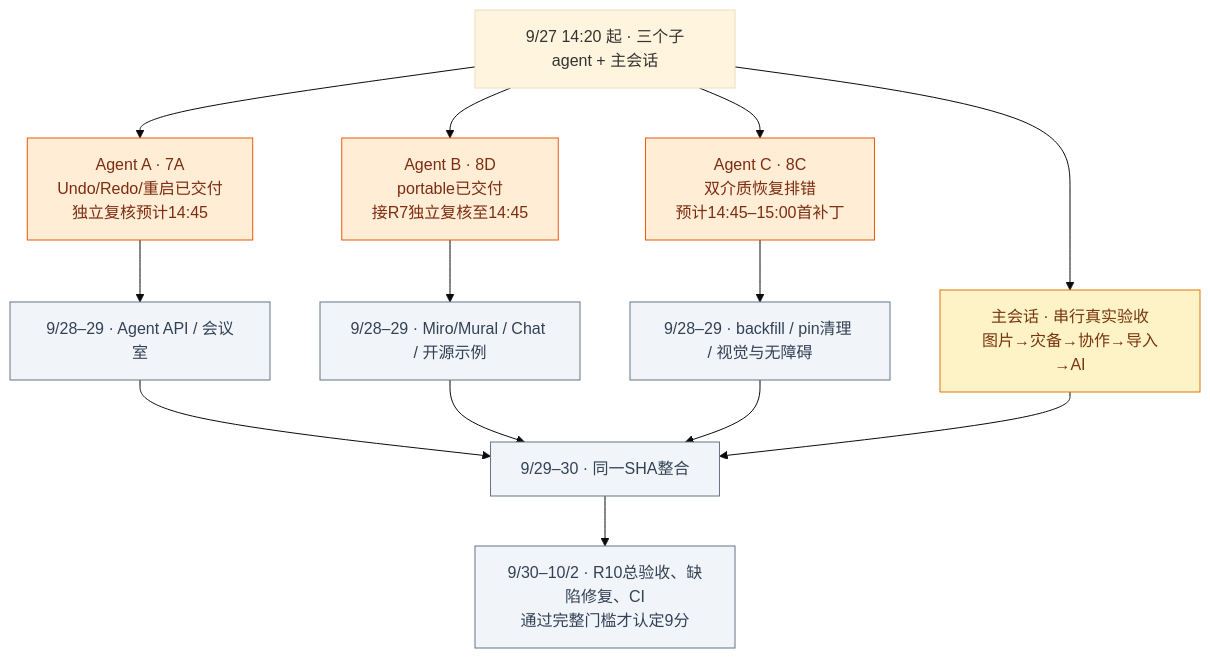
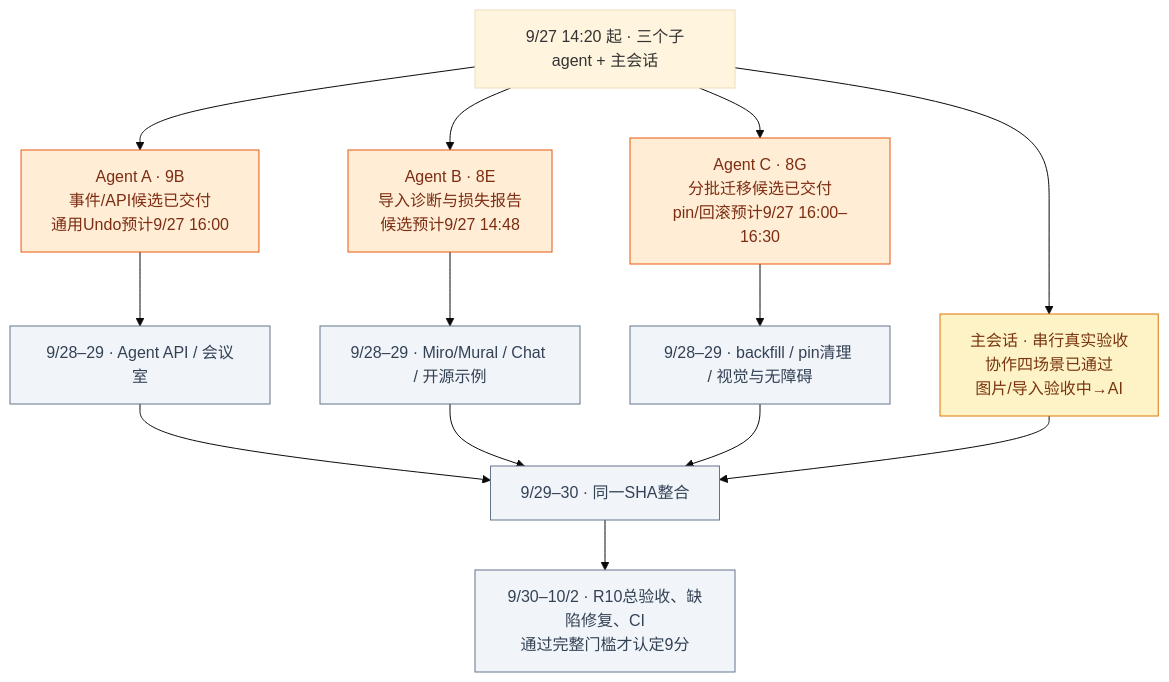
The second of 4 diagrams in phases/phase-19-board-visual-workspace/design-deltas/2026-09-26-unified-board-plan.md (boardx/workspacex), drawn with Mermaid (base theme) before and after one commit. The commit also changed other lines of this file, not shown here.

````diff
--- a/phases/phase-19-board-visual-workspace/design-deltas/2026-09-26-unified-board-plan.md
+++ b/phases/phase-19-board-visual-workspace/design-deltas/2026-09-26-unified-board-plan.md
@@ -81,21 +81,21 @@
 ```mermaid
 flowchart TB
-  START["9/27 14:20 起 · 三个子agent + 主会话"] --> A["Agent A · 7A<br/>Undo/Redo/重启已交付<br/>独立复核预计14:45"]
-  START --> B["Agent B · 8D<br/>portable已交付<br/>接R7独立复核至14:45"]
-  START --> C["Agent C · 8C<br/>双介质恢复排错<br/>预计14:45–15:00首补丁"]
-  START --> M["主会话 · 串行真实验收<br/>图片→灾备→协作→导入→AI"]
+  START["9/27 14:20 起 · 三个子agent + 主会话"] --> A["Agent A · 9B<br/>事件/API候选已交付<br/>通用Undo预计9/27 16:00"]
+  START --> B["Agent B · 8E<br/>导入诊断与损失报告<br/>候选预计9/27 14:48"]
+  START --> C["Agent C · 8G<br/>分批迁移候选已交付<br/>pin/回滚预计9/27 16:00–16:30"]
+  START --> M["主会话 · 串行真实验收<br/>协作四场景已通过<br/>图片/导入验收中→AI"]
   A --> A2["9/28–29 · Agent API / 会议室"]
   B --> B2["9/28–29 · Miro/Mural / Chat / 开源示例"]
   C --> C2["9/28–29 · backfill / pin清理 / 视觉与无障碍"]
   A2 --> JOIN["9/29–30 · 同一SHA整合"]
   B2 --> JOIN
   C2 --> JOIN
   M --> JOIN
   JOIN --> ACCEPT["9/30–10/2 · R10总验收、缺陷修复、CI<br/>通过完整门槛才认定9分"]
   classDef active fill:#ffedd5,stroke:#ea580c,color:#7c2d12
   classDef testing fill:#fef3c7,stroke:#d97706,color:#78350f
   classDef planned fill:#f1f5f9,stroke:#64748b,color:#334155
   class A,B,C active
   class M testing
   class A2,B2,C2,JOIN,ACCEPT planned
 ```
````
